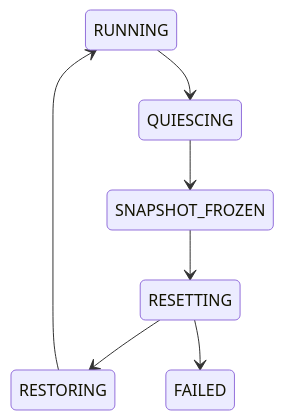
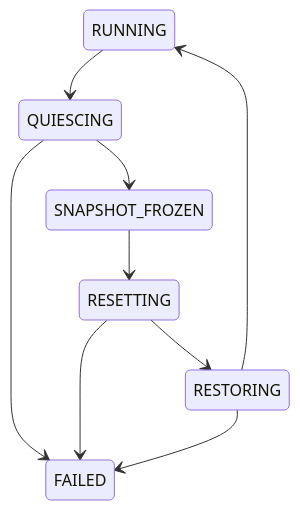
Before and after one commit to cheng3100/time_update_task: the diagram in pages/feature-ras-recovery.page.md, drawn with Mermaid. The commit also changed other lines of this file, not shown here.

````diff
--- a/pages/feature-ras-recovery.page.md
+++ b/pages/feature-ras-recovery.page.md
@@ -16,9 +31,11 @@
 ```mermaid
 stateDiagram-v2
 RUNNING --> QUIESCING
 QUIESCING --> SNAPSHOT_FROZEN
 SNAPSHOT_FROZEN --> RESETTING
 RESETTING --> RESTORING
 RESTORING --> RUNNING
+QUIESCING --> FAILED
 RESETTING --> FAILED
+RESTORING --> FAILED
 ```
````
